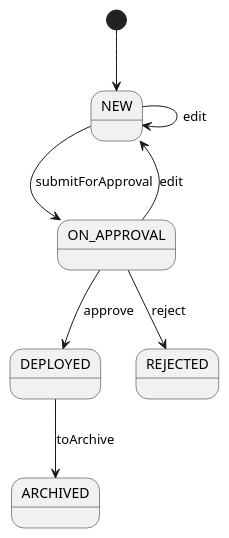
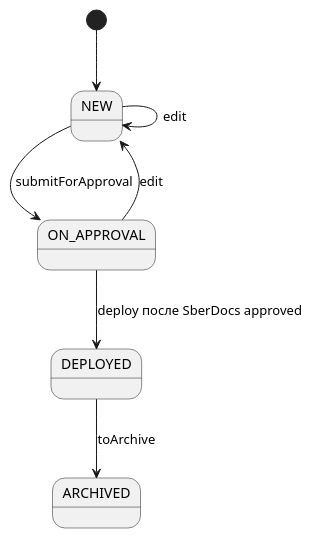
One commit to shuhart75/changeswork-copy changed the diagram in features/deployments/slices/lifecycle/requirements/frontend.md. Above: the diagram before and after it, drawn with PlantUML. The commit also changed other lines of this file and 90 other files, not shown here.

````diff
--- a/features/deployments/slices/lifecycle/requirements/frontend.md
+++ b/features/deployments/slices/lifecycle/requirements/frontend.md
@@ -16,11 +16,10 @@
 ```plantuml
 @startuml
 [*] --> NEW
 NEW --> ON_APPROVAL : submitForApproval
 NEW --> NEW : edit
 ON_APPROVAL --> NEW : edit
-ON_APPROVAL --> DEPLOYED : approve
-ON_APPROVAL --> REJECTED : reject
+ON_APPROVAL --> DEPLOYED : deploy после SberDocs approved
 DEPLOYED --> ARCHIVED : toArchive
 @enduml
 ```
````
